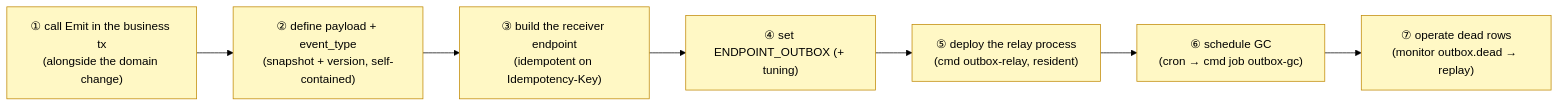
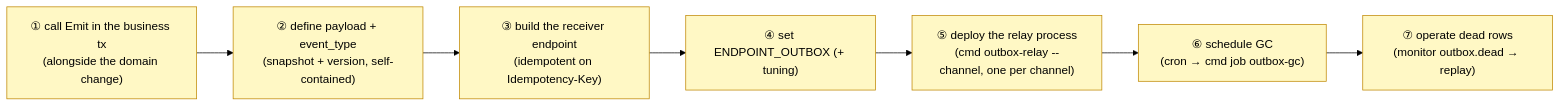
One commit to Tomy-ch/go-boilerplate changed the fifth of 5 diagrams in docs/design/outbox.md. Above: the diagram before and after it, drawn with Mermaid (forest theme). The commit also changed other lines of this file and 19 other files, not shown here.

````diff
--- a/docs/design/outbox.md
+++ b/docs/design/outbox.md
@@ -226,12 +231,12 @@
 ```mermaid
 flowchart LR
     EM["① call Emit in the business tx<br/>(alongside the domain change)"]:::need
     PL["② define payload + event_type<br/>(snapshot + version, self-contained)"]:::need
     RC["③ build the receiver endpoint<br/>(idempotent on Idempotency-Key)"]:::need
     CF["④ set ENDPOINT_OUTBOX (+ tuning)"]:::need
-    DP["⑤ deploy the relay process<br/>(cmd outbox-relay, resident)"]:::need
+    DP["⑤ deploy the relay process<br/>(cmd outbox-relay --channel, one per channel)"]:::need
     GC["⑥ schedule GC<br/>(cron → cmd job outbox-gc)"]:::need
     OP["⑦ operate dead rows<br/>(monitor outbox.dead → replay)"]:::need
     EM --> PL --> RC --> CF --> DP --> GC --> OP
     classDef need fill:#fff8c5,stroke:#bf8700;
 ```
````
